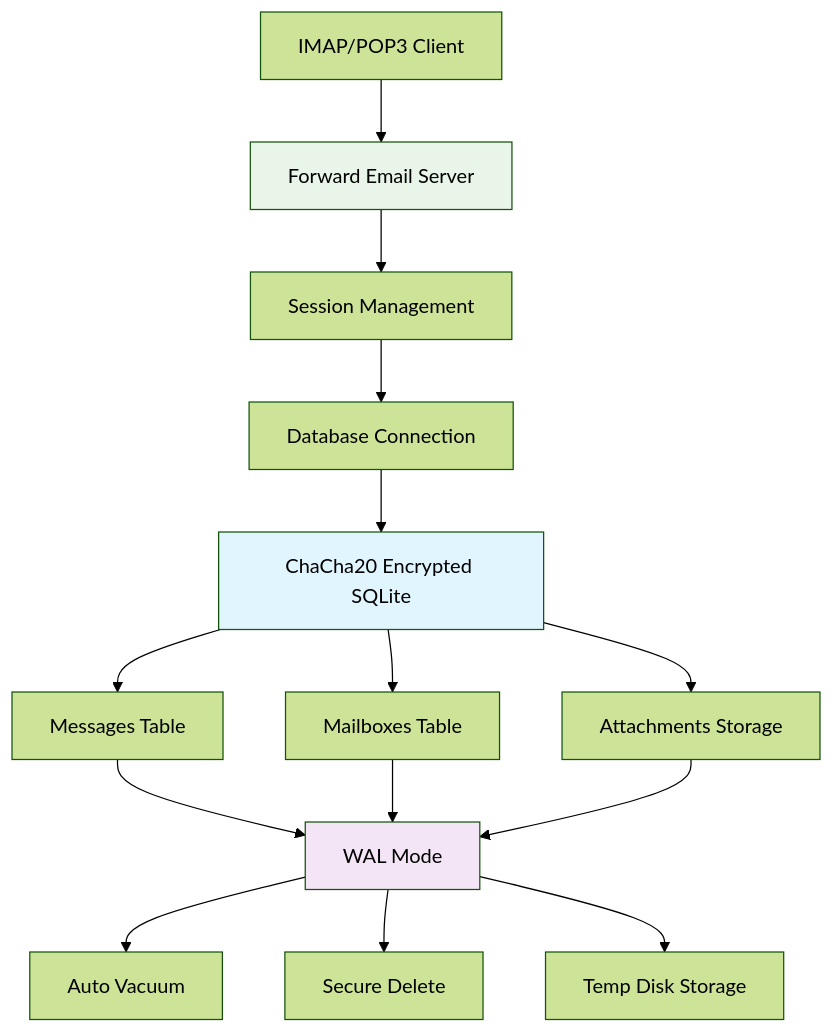
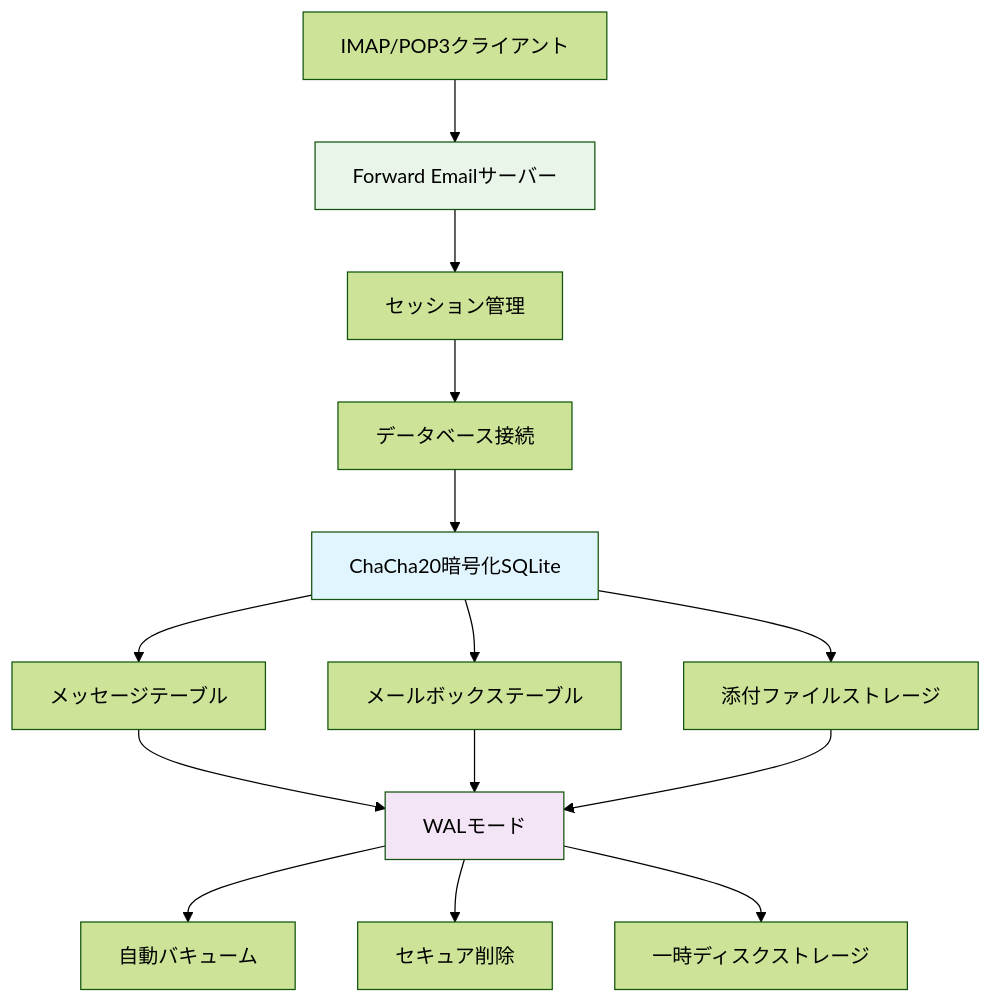
One commit to forwardemail/forwardemail.net changed the second of 3 diagrams in app/views/docs/sqlite-performance-optimization-pragma-chacha20-production-guide/index-ja.md. Above: the diagram before and after it, drawn with Mermaid (forest theme). The commit also changed other lines of this file and 1055 other files, not shown here.

````diff
--- a/app/views/docs/sqlite-performance-optimization-pragma-chacha20-production-guide/index-ja.md
+++ b/app/views/docs/sqlite-performance-optimization-pragma-chacha20-production-guide/index-ja.md
@@ -78,23 +79,23 @@
 ```mermaid
 graph TB
-    A[IMAP/POP3 Client] --> B[Forward Email Server]
-    B --> C[Session Management]
-    C --> D[Database Connection]
-    D --> E[ChaCha20 Encrypted SQLite]
+    A[IMAP/POP3クライアント] --> B[Forward Emailサーバー]
+    B --> C[セッション管理]
+    C --> D[データベース接続]
+    D --> E[ChaCha20暗号化SQLite]
 
-    E --> F[Messages Table]
-    E --> G[Mailboxes Table]
-    E --> H[Attachments Storage]
+    E --> F[メッセージテーブル]
+    E --> G[メールボックステーブル]
+    E --> H[添付ファイルストレージ]
 
-    F --> I[WAL Mode]
+    F --> I[WALモード]
     G --> I
     H --> I
 
-    I --> J[Auto Vacuum]
-    I --> K[Secure Delete]
-    I --> L[Temp Disk Storage]
+    I --> J[自動バキューム]
+    I --> K[セキュア削除]
+    I --> L[一時ディスクストレージ]
 
     style E fill:#e1f5fe
     style I fill:#f3e5f5
     style B fill:#e8f5e8
 ```
````
